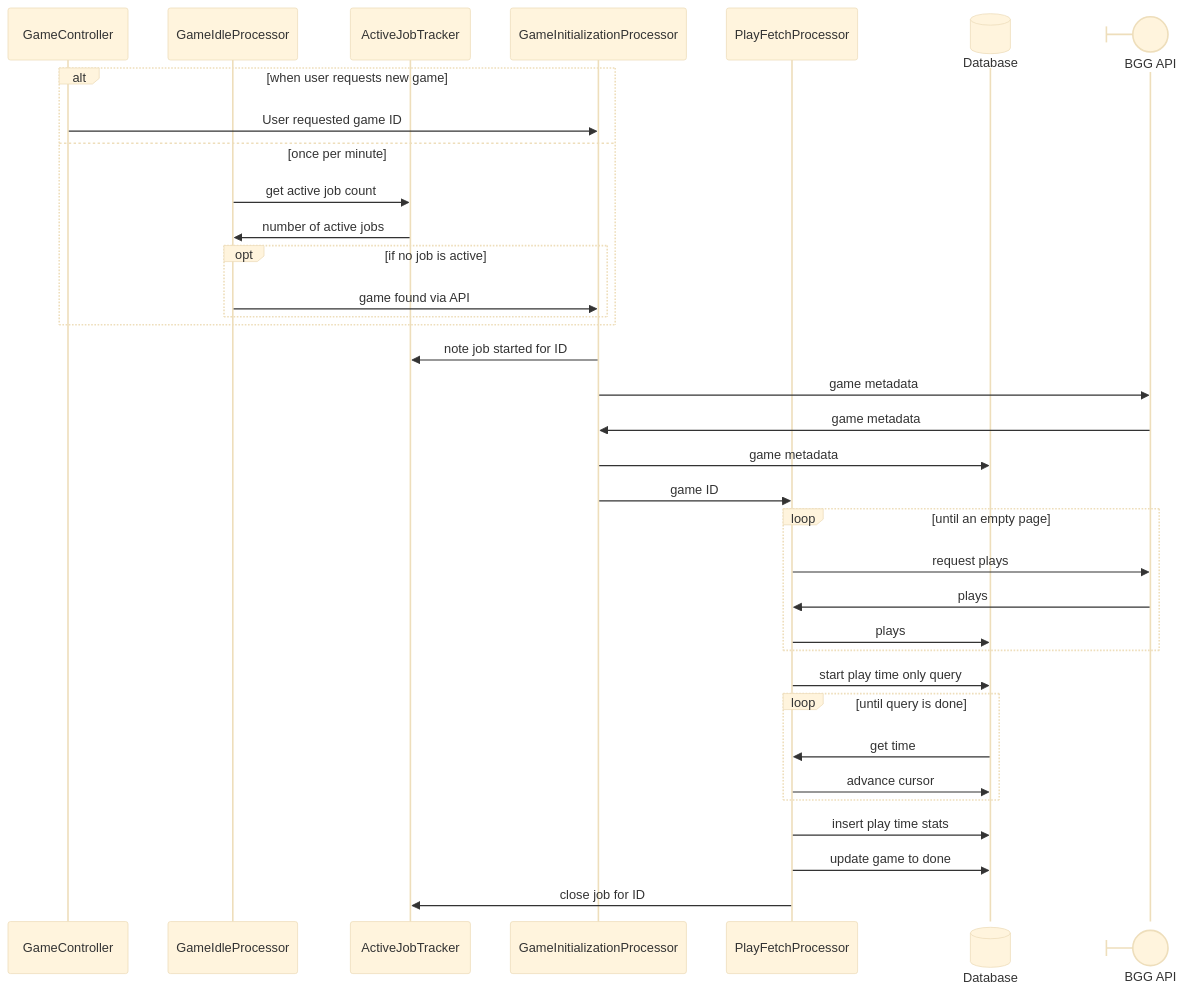
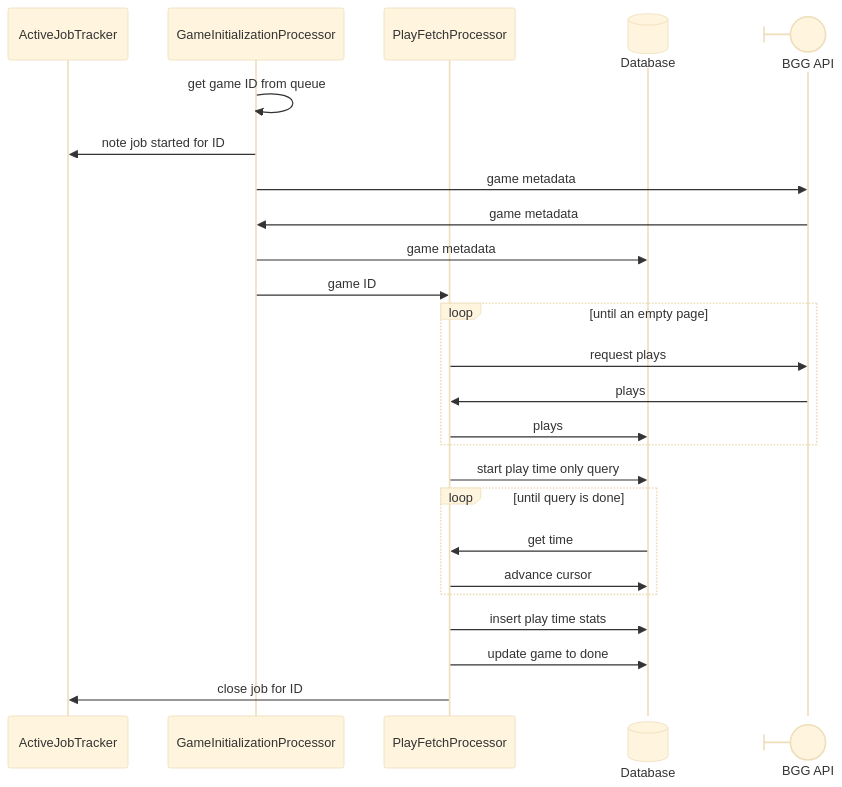
One commit to TJSomething/GameTime changed the diagram in README.md. Above: the diagram before and after it, drawn with Mermaid (base theme). The commit also changed other lines of this file, not shown here.

Commit message:
readme: revise sequence diagram

````diff
--- a/README.md
+++ b/README.md
@@ -22,39 +24,28 @@
 ```mermaid
 sequenceDiagram
-    participant GameController
-    participant GameIdleProcessor
     participant ActiveJobTracker
     participant GameInitializationProcessor
     participant PlayFetchProcessor
     participant Database@{ "type" : "database" }
     participant BGG@{ "type": "boundary" } as BGG API
 
-    alt when user requests new game
-        GameController->>GameInitializationProcessor: User requested game ID
-    else once per minute
-        GameIdleProcessor->>ActiveJobTracker: get active job count
-        ActiveJobTracker->>GameIdleProcessor: number of active jobs
-        opt if no job is active
-            GameIdleProcessor->>GameInitializationProcessor: game found via API
-        end
-    end
-
+    GameInitializationProcessor->>GameInitializationProcessor: get game ID from queue
     GameInitializationProcessor->>ActiveJobTracker: note job started for ID
     GameInitializationProcessor->>BGG: game metadata
     BGG->>GameInitializationProcessor: game metadata
     GameInitializationProcessor->>Database: game metadata
     GameInitializationProcessor->>PlayFetchProcessor: game ID
     loop until an empty page
         PlayFetchProcessor->>BGG: request plays
         BGG->>PlayFetchProcessor: plays
         PlayFetchProcessor->>Database: plays
     end
     PlayFetchProcessor->>Database: start play time only query
     loop until query is done
         Database->>PlayFetchProcessor: get time
         PlayFetchProcessor->>Database: advance cursor
     end
     PlayFetchProcessor->>Database: insert play time stats
     PlayFetchProcessor->>Database: update game to done
     PlayFetchProcessor->>ActiveJobTracker: close job for ID
 ```
````
